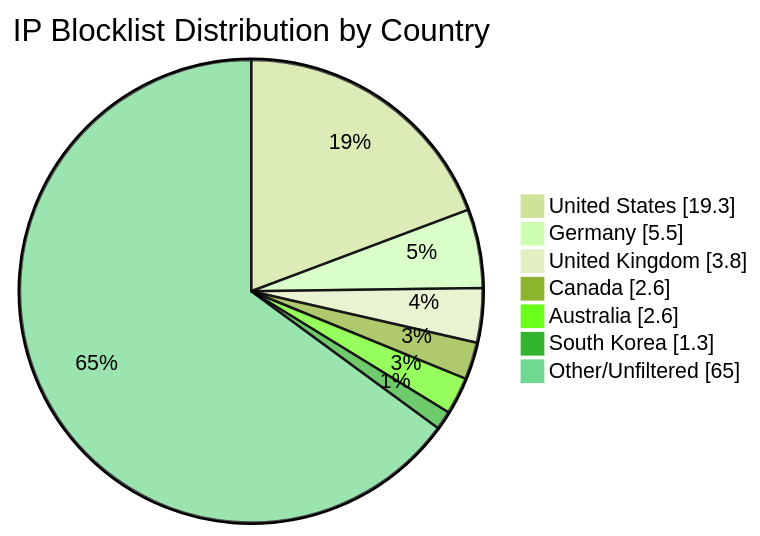
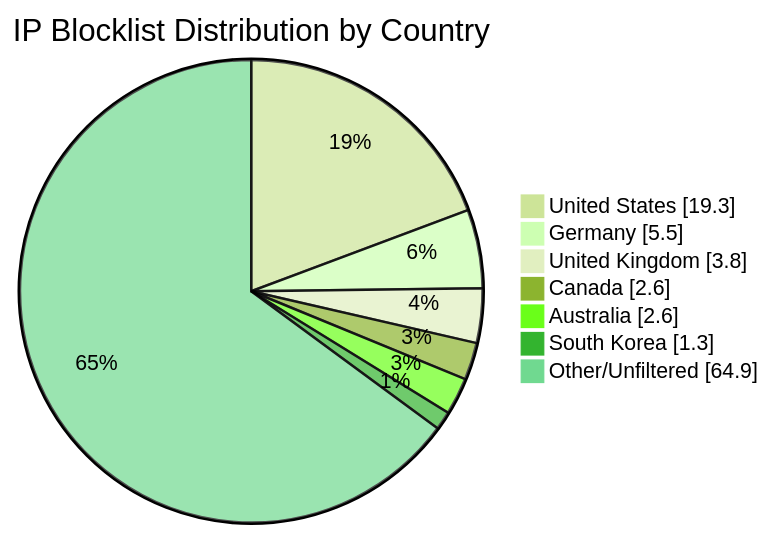
The diagram in README.md (MarcusHoltz/ipblocklist-geofiltered-aggregator), drawn with Mermaid (forest theme) before and after one commit. The commit also changed other lines of this file and 9 other files, not shown here.

````diff
--- a/README.md
+++ b/README.md
@@ -34,10 +34,10 @@
 ```mermaid
 pie showData title IP Blocklist Distribution by Country
 "United States" : 19.3
 "Germany" : 5.5
 "United Kingdom" : 3.8
 "Canada" : 2.6
 "Australia" : 2.6
 "South Korea" : 1.3
-"Other/Unfiltered" : 65.0
+"Other/Unfiltered" : 64.9
 ```
````
